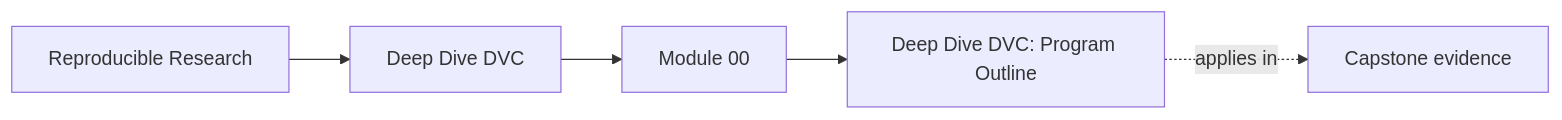
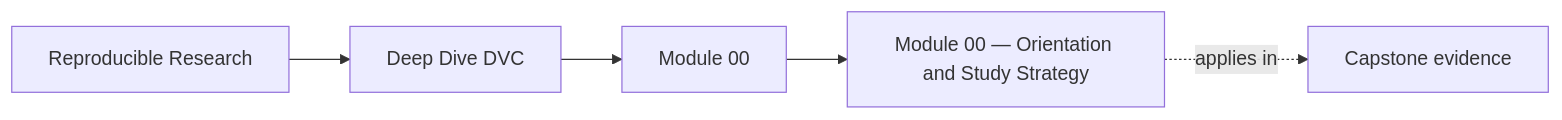
One commit to bijux/bijux-masterclass changed the first of 2 diagrams in programs/reproducible-research/deep-dive-dvc/course-book/module-00-orientation/index.md. Above: the diagram before and after it, drawn with Mermaid. The commit also changed other lines of this file and 6 other files, not shown here.

Commit message:
docs(deep-dive-dvc): clarify the ten-module learning route

````diff
--- a/programs/reproducible-research/deep-dive-dvc/course-book/module-00-orientation/index.md
+++ b/programs/reproducible-research/deep-dive-dvc/course-book/module-00-orientation/index.md
@@ -9,11 +9,11 @@
 ```mermaid
 graph LR
   family["Reproducible Research"]
   program["Deep Dive DVC"]
   section["Module 00"]
-  page["Deep Dive DVC: Program Outline"]
+  page["Module 00 — Orientation and Study Strategy"]
   capstone["Capstone evidence"]
 
   family --> program --> section --> page
   page -.applies in.-> capstone
 ```
````
